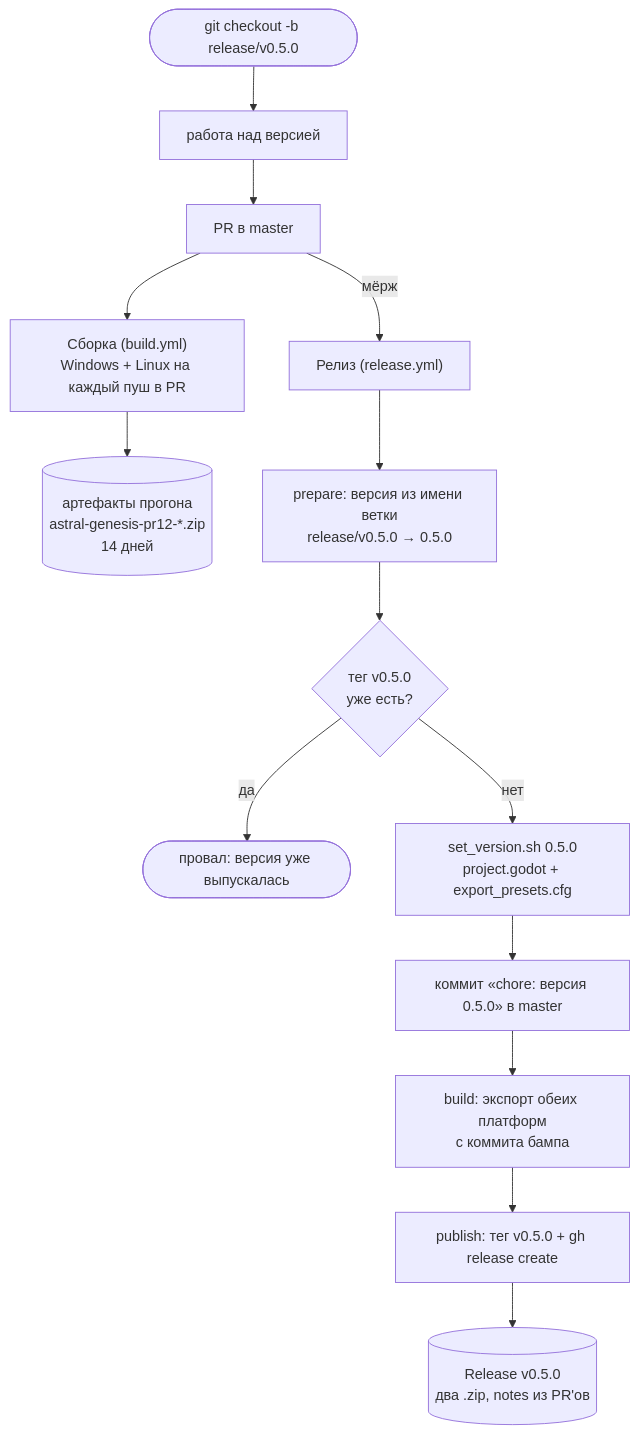
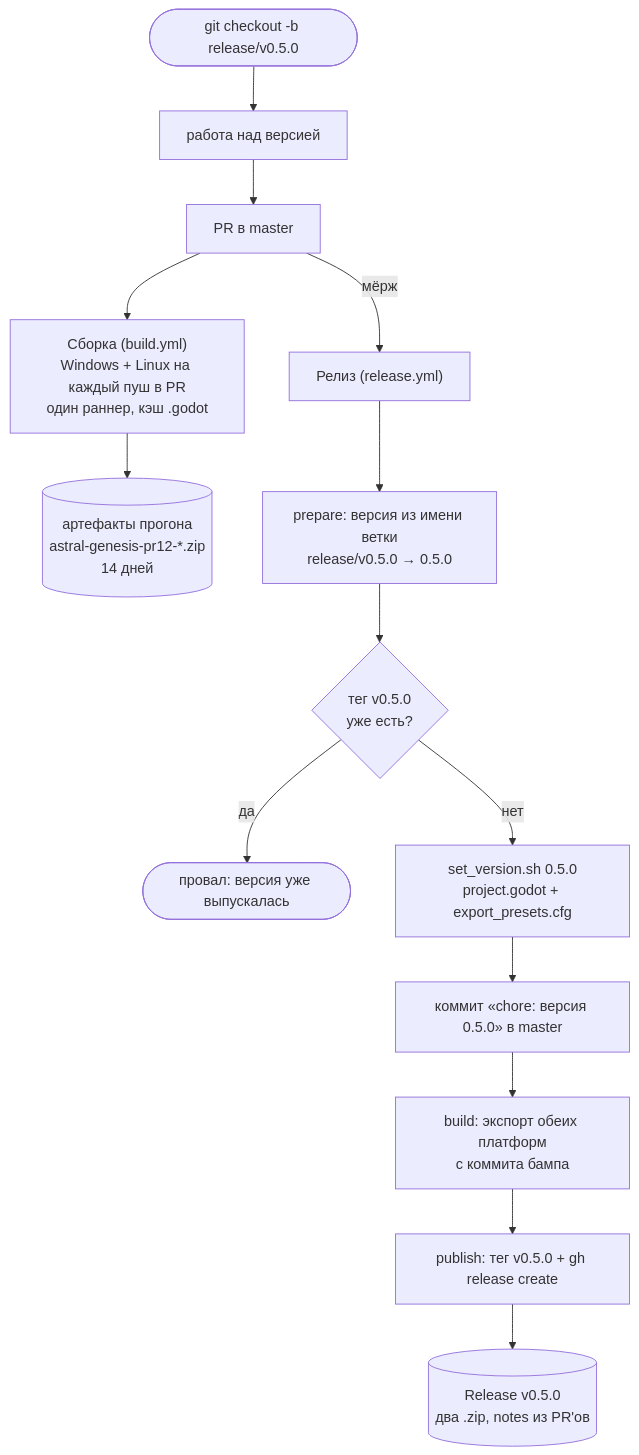
The diagram in docs/astral-genesis/how-to/Релизы и сборка.md (Manshooo/astral-genesis), drawn with Mermaid before and after one commit. The commit also changed other lines of this file and 4 other files, not shown here.

````diff
--- a/docs/astral-genesis/how-to/Релизы и сборка.md
+++ b/docs/astral-genesis/how-to/Релизы и сборка.md
@@ -13,20 +13,20 @@
 ```mermaid
 flowchart TD
     branch(["git checkout -b release/v0.5.0"]) --> work["работа над версией"]
     work --> pr["PR в master"]
 
-    pr --> build["Сборка (build.yml)<br/>Windows + Linux на каждый пуш в PR"]
+    pr --> build["Сборка (build.yml)<br/>Windows + Linux на каждый пуш в PR<br/>один раннер, кэш .godot"]
     build --> artifacts[("артефакты прогона<br/>astral-genesis-pr12-*.zip<br/>14 дней")]
 
     pr -->|"мёрж"| release["Релиз (release.yml)"]
 
     release --> prepare["prepare: версия из имени ветки<br/>release/v0.5.0 → 0.5.0"]
     prepare --> guard{"тег v0.5.0<br/>уже есть?"}
     guard -->|"да"| fail(["провал: версия уже выпускалась"])
     guard -->|"нет"| bump["set_version.sh 0.5.0<br/>project.godot + export_presets.cfg"]
     bump --> commit["коммит «chore: версия 0.5.0» в master"]
 
     commit --> jobs["build: экспорт обеих платформ<br/>с коммита бампа"]
     jobs --> publish["publish: тег v0.5.0 + gh release create"]
     publish --> rel[("Release v0.5.0<br/>два .zip, notes из PR'ов")]
 ```
````
